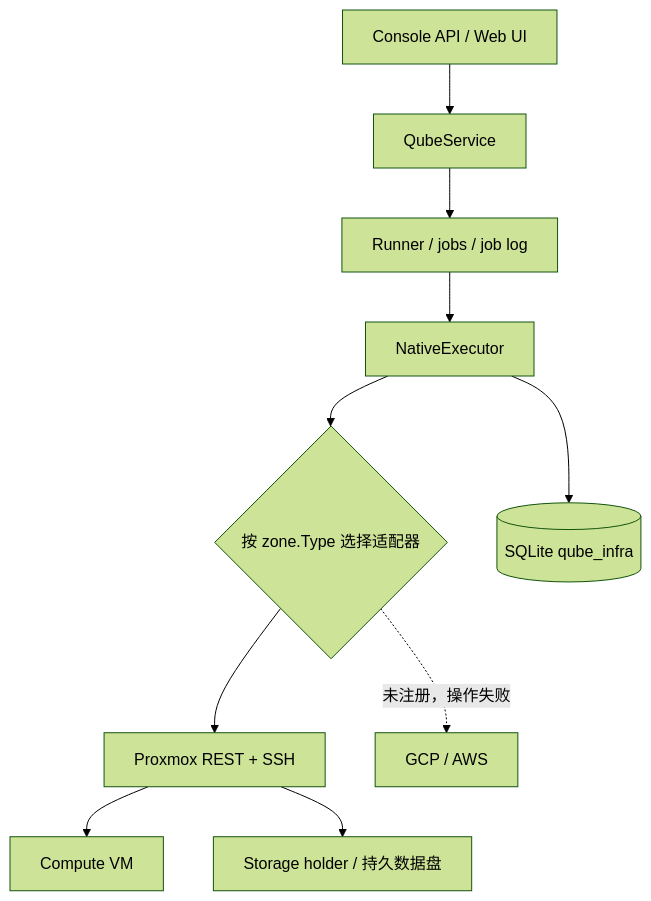
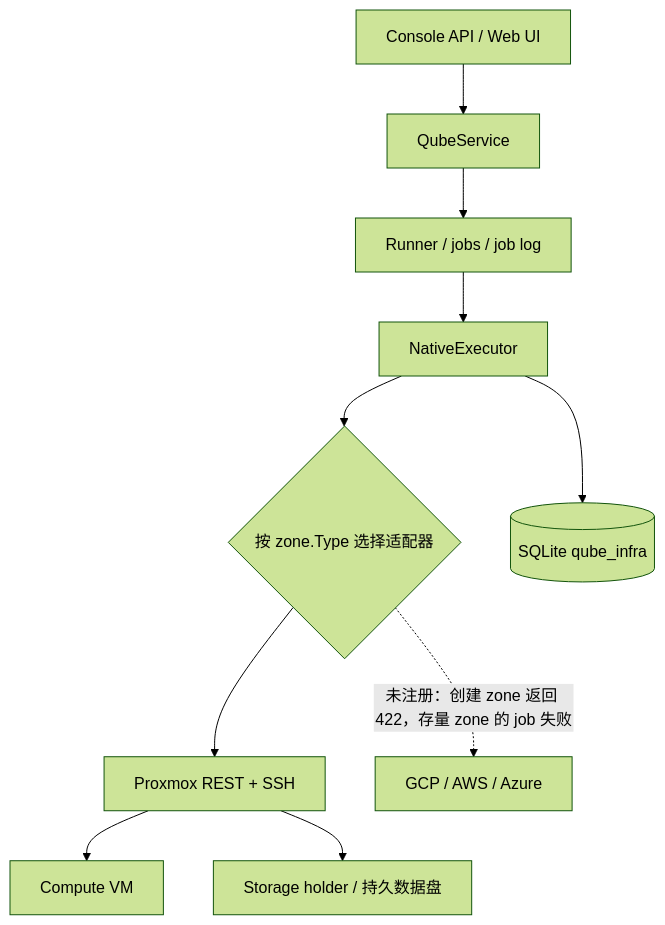
The diagram in docs/provider-design.md (slchris/qubes-air), drawn with Mermaid (forest theme) before and after one commit. The commit also changed other lines of this file and 25 other files, not shown here.

````diff
--- a/docs/provider-design.md
+++ b/docs/provider-design.md
@@ -17,12 +22,12 @@
 ```mermaid
 flowchart TB
   API["Console API / Web UI"] --> SVC["QubeService"]
   SVC --> RUN["Runner / jobs / job log"]
   RUN --> EX["NativeExecutor"]
   EX --> REG{"按 zone.Type 选择适配器"}
   REG --> PVE["Proxmox REST + SSH"]
-  REG -. "未注册，操作失败" .-> OTHER["GCP / AWS"]
+  REG -. "未注册：创建 zone 返回 422，存量 zone 的 job 失败" .-> OTHER["GCP / AWS / Azure"]
   EX --> DB[("SQLite qube_infra")]
   PVE --> VM["Compute VM"]
   PVE --> DISK["Storage holder / 持久数据盘"]
 ```
````
